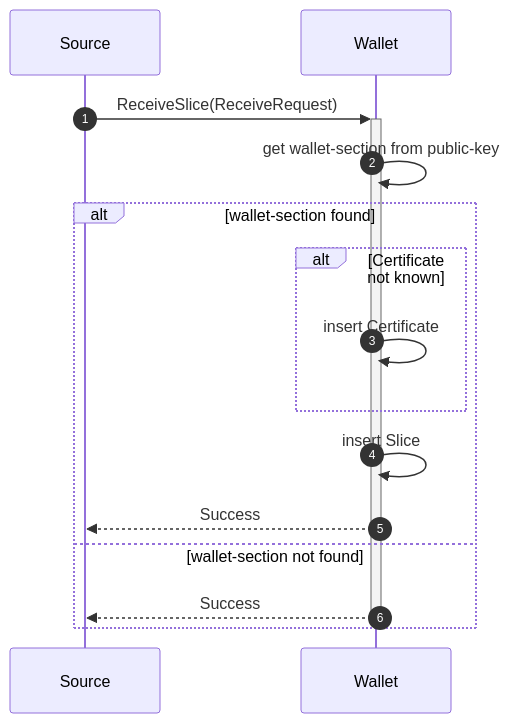
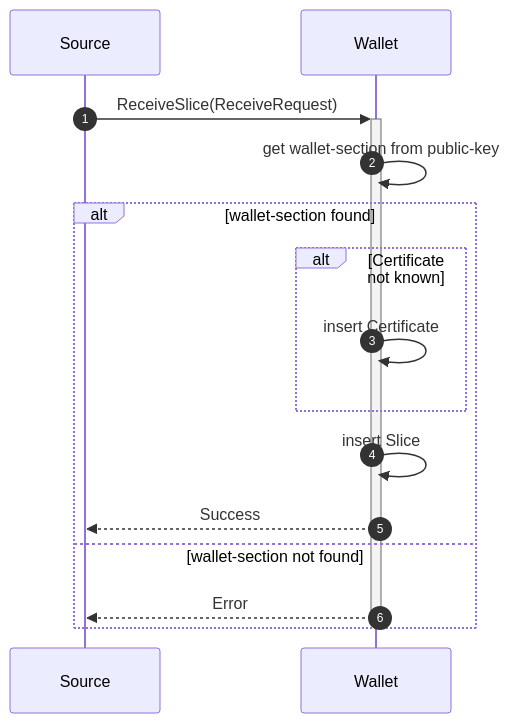
One commit to project-origin/wallet changed the first of 2 diagrams in doc/flows/receive_slice.md. Above: the diagram before and after it, drawn with Mermaid. The commit also changed other lines of this file, not shown here.

````diff
--- a/doc/flows/receive_slice.md
+++ b/doc/flows/receive_slice.md
@@ -14,25 +14,25 @@
 ```mermaid
 sequenceDiagram
     autonumber
 
     participant source as Source
     participant wallet as Wallet
 
     source ->>+ wallet: ReceiveSlice(ReceiveRequest)
 
     wallet ->> wallet: get wallet-section from public-key
 
     alt wallet-section found
 
         alt Certificate not known
             wallet ->> wallet: insert Certificate
         end
 
         wallet ->> wallet: insert Slice
 
         wallet -->> source: Success
     else wallet-section not found
-        wallet -->>- source: Success
+        wallet -->>- source: Error
     end
 
 ```
````
